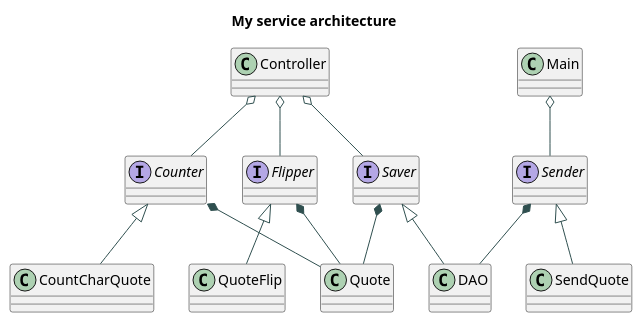
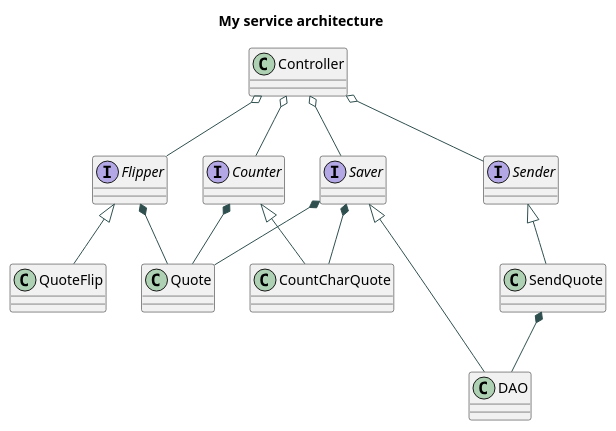
The diagram in TestUML.puml (Denjer-den/kafkaProject), drawn with PlantUML before and after one commit.

Commit message:
Add changes in service architecture design

```diff
--- a/TestUML.puml
+++ b/TestUML.puml
@@ -1,54 +1,53 @@
 @startuml
 Title "My service architecture"
 skinparam {
   ArrowColor DarkSlateGray
   ActorBorderColor DarkSlateGray
   ActorBackgroundColor SteelBlue
   ActorFontColor DarkSlateGray
   ParticipantBorderColor DarkSlateGray
   ParticipantBackgroundColor SteelBlue
   ParticipantFontColor White
   DatabaseBorderColor DarkSlateGray
   DatabaseBackgroundColor SteelBlue
   LifeLineBorderColor DarkSlateGray
   LifeLineBackgroundColor SteelBlue
   CollectionsBorderColor DarkSlateGray
   CollectionsBackgroundColor RoyalBlue
 }
-class Controller{}
 
-interface Flipper{}
+class Controller
 
-class QuoteFlip{}
+interface Flipper
+
+class QuoteFlip
 
 interface Counter
 
-class CountCharQuote{}
+class CountCharQuote
 
-class Quote{}
+class Quote
 
 interface Saver
 
-class DAO{}
+class DAO
 
-class SendQuote{}
+class SendQuote
 
 interface Sender
-
-class Main{}
-
 
 Flipper *-- Quote
 Flipper <|-- QuoteFlip
 Counter *-- Quote
 Counter <|-- CountCharQuote
 Saver *-- Quote
 Saver <|-- DAO
 Sender <|-- SendQuote
-Sender *-- DAO
-Main o-- Sender
+SendQuote *-- DAO
+Controller o-- Sender
 Controller o-- Flipper
 Controller o-- Counter
 Controller o-- Saver
+Saver *-- CountCharQuote
 
 @enduml
```
